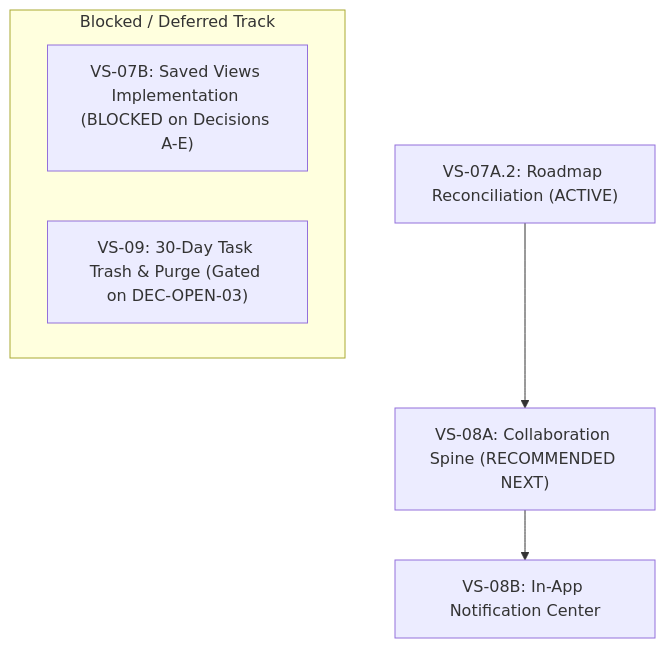
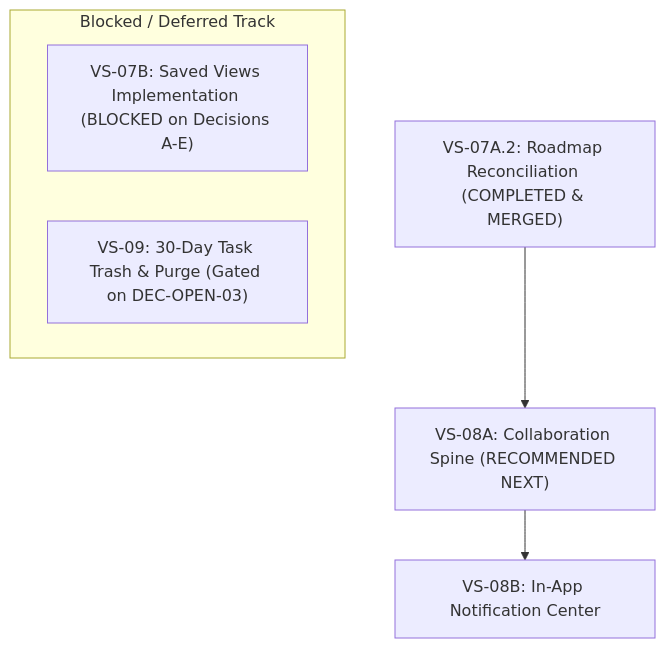
One commit to Samudra-Bose/sonder changed the first of 2 diagrams in docs/04-implementation/sonder-project-progress-tracker.md. Above: the diagram before and after it, drawn with Mermaid. The commit also changed other lines of this file and 1 other file, not shown here.

````diff
--- a/docs/04-implementation/sonder-project-progress-tracker.md
+++ b/docs/04-implementation/sonder-project-progress-tracker.md
@@ -46,10 +46,10 @@
 ```mermaid
 flowchart TD
-    Current["VS-07A.2: Roadmap Reconciliation (ACTIVE)"] --> Next["VS-08A: Collaboration Spine (RECOMMENDED NEXT)"]
+    Current["VS-07A.2: Roadmap Reconciliation (COMPLETED & MERGED)"] --> Next["VS-08A: Collaboration Spine (RECOMMENDED NEXT)"]
     Next --> FollowUp["VS-08B: In-App Notification Center"]
     
     subgraph Deferred ["Blocked / Deferred Track"]
         SV["VS-07B: Saved Views Implementation (BLOCKED on Decisions A-E)"]
         Trash["VS-09: 30-Day Task Trash & Purge (Gated on DEC-OPEN-03)"]
     end
 ```
````
